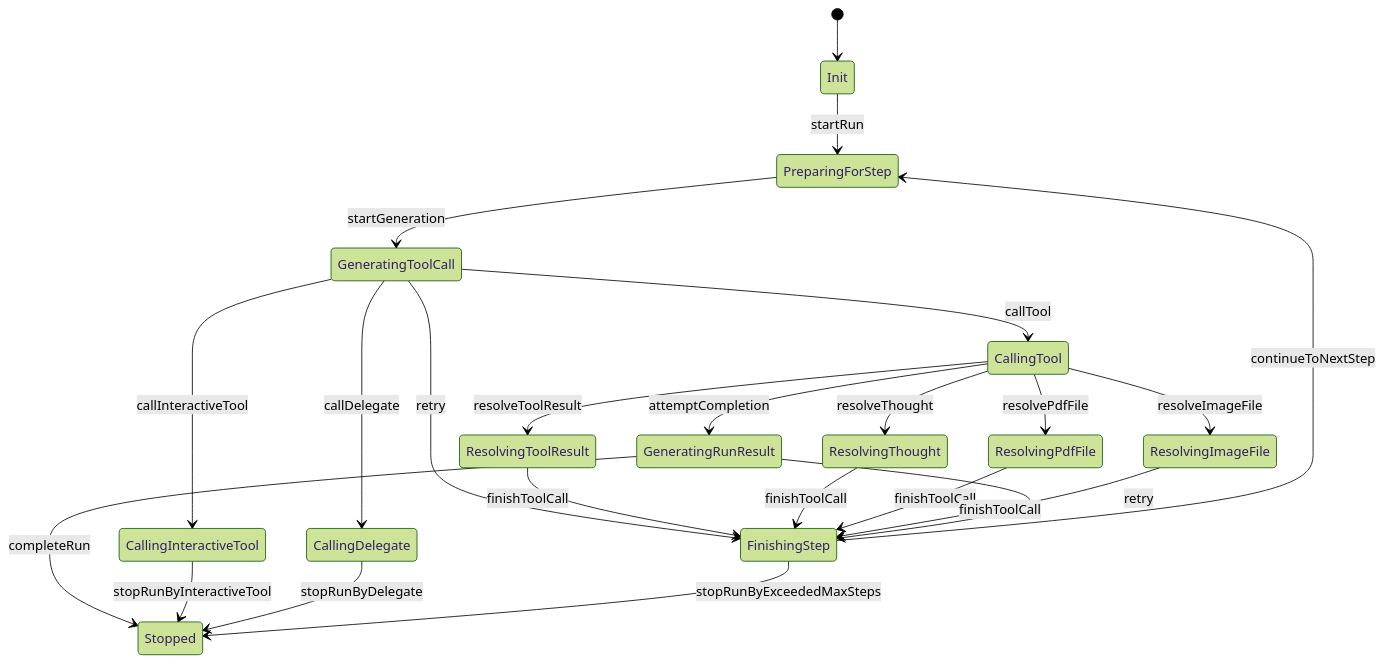
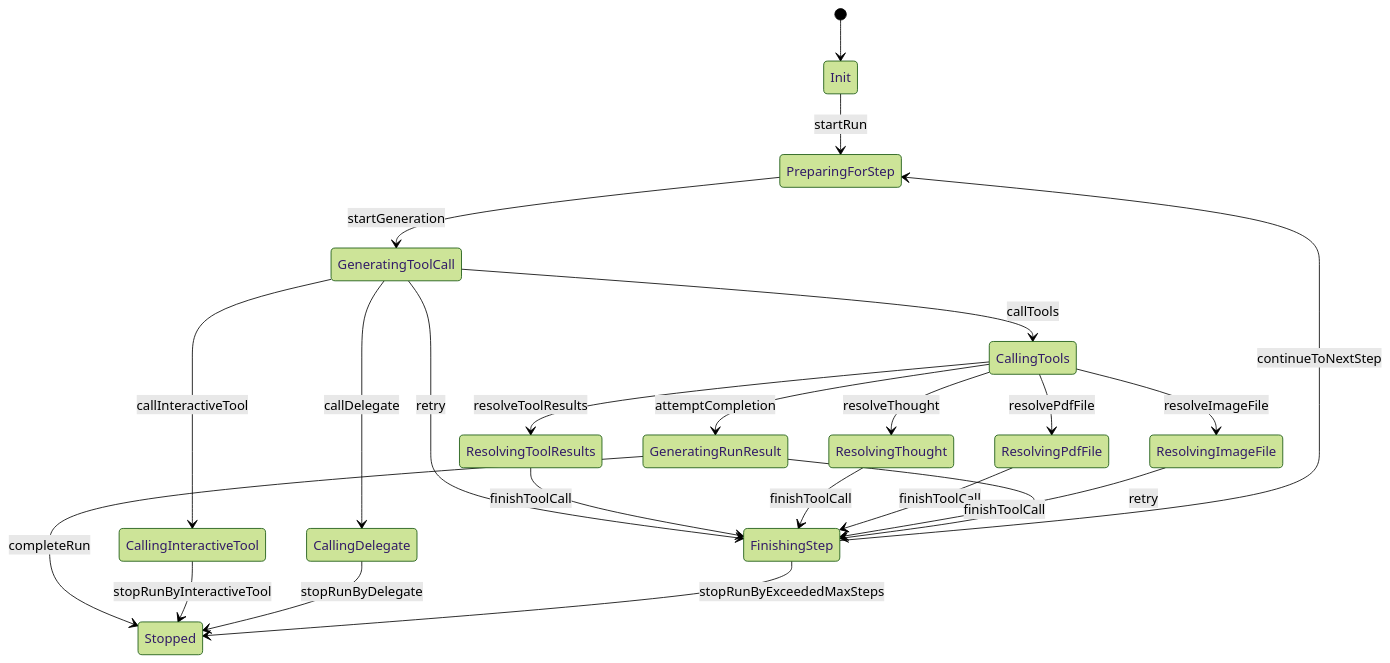
The third of 3 diagrams in packages/runtime/README.md (perstack-ai/perstack), drawn with Mermaid (forest theme) before and after one commit. The commit also changed other lines of this file and 2 other files, not shown here.

Commit message:
Docs: Update runtime documentation for parallel tool calls

````diff
--- a/packages/runtime/README.md
+++ b/packages/runtime/README.md
@@ -183,31 +183,31 @@
 ```mermaid
 stateDiagram-v2
     [*] --> Init
     Init --> PreparingForStep: startRun
     PreparingForStep --> GeneratingToolCall: startGeneration
     
-    GeneratingToolCall --> CallingTool: callTool
+    GeneratingToolCall --> CallingTools: callTools
     GeneratingToolCall --> CallingInteractiveTool: callInteractiveTool
     GeneratingToolCall --> CallingDelegate: callDelegate
     GeneratingToolCall --> FinishingStep: retry
 
-    CallingTool --> ResolvingToolResult: resolveToolResult
-    CallingTool --> ResolvingThought: resolveThought
-    CallingTool --> ResolvingPdfFile: resolvePdfFile
-    CallingTool --> ResolvingImageFile: resolveImageFile
-    CallingTool --> GeneratingRunResult: attemptCompletion
+    CallingTools --> ResolvingToolResults: resolveToolResults
+    CallingTools --> ResolvingThought: resolveThought
+    CallingTools --> ResolvingPdfFile: resolvePdfFile
+    CallingTools --> ResolvingImageFile: resolveImageFile
+    CallingTools --> GeneratingRunResult: attemptCompletion
 
-    ResolvingToolResult --> FinishingStep: finishToolCall
+    ResolvingToolResults --> FinishingStep: finishToolCall
     ResolvingThought --> FinishingStep: finishToolCall
     ResolvingPdfFile --> FinishingStep: finishToolCall
     ResolvingImageFile --> FinishingStep: finishToolCall
 
     GeneratingRunResult --> Stopped: completeRun
     GeneratingRunResult --> FinishingStep: retry
 
     CallingInteractiveTool --> Stopped: stopRunByInteractiveTool
     CallingDelegate --> Stopped: stopRunByDelegate
     
     FinishingStep --> PreparingForStep: continueToNextStep
     FinishingStep --> Stopped: stopRunByExceededMaxSteps
 ```
````
